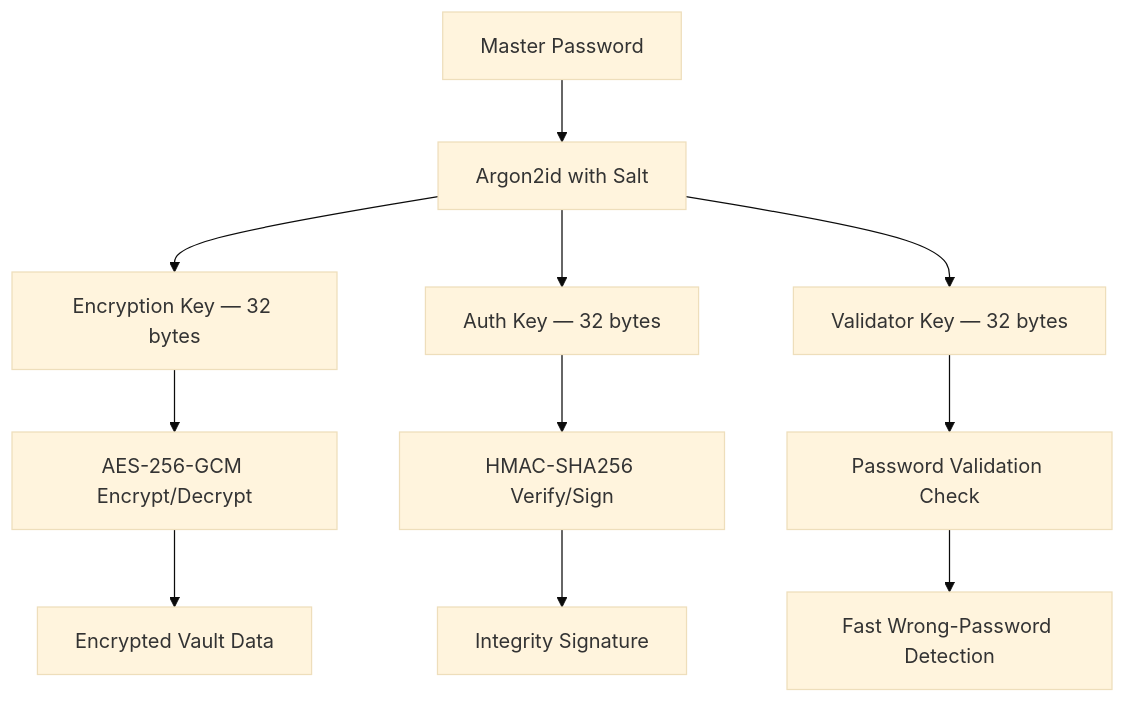
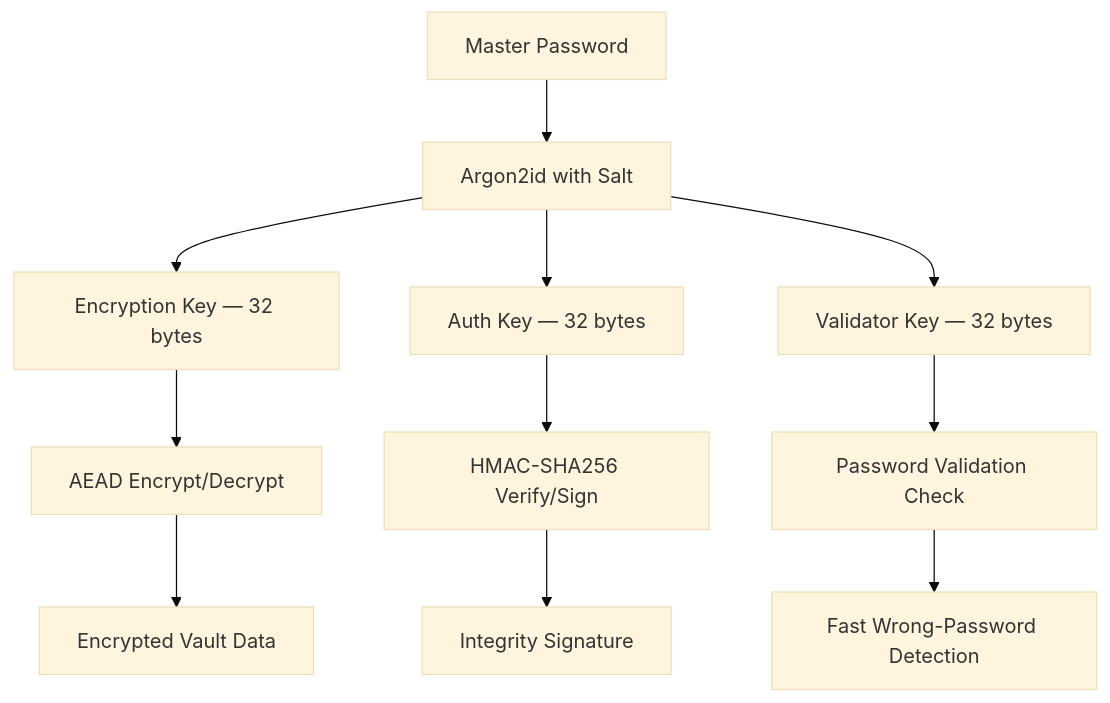
Before and after one commit to aaravmaloo/apm: the diagram in docs/concepts/encryption.md, drawn with Mermaid (base theme). The commit also changed other lines of this file and 19 other files, not shown here.

````diff
--- a/docs/concepts/encryption.md
+++ b/docs/concepts/encryption.md
@@ -147,15 +159,15 @@
 ```mermaid
 graph TD
     MP[Master Password] --> KDF[Argon2id with Salt]
     KDF --> EK[Encryption Key — 32 bytes]
     KDF --> AK[Auth Key — 32 bytes]
     KDF --> VK[Validator Key — 32 bytes]
 
-    EK --> GCM[AES-256-GCM Encrypt/Decrypt]
+    EK --> GCM[AEAD Encrypt/Decrypt]
     AK --> HMAC[HMAC-SHA256 Verify/Sign]
     VK --> VALID[Password Validation Check]
 
     GCM --> VAULT[Encrypted Vault Data]
     HMAC --> SIG[Integrity Signature]
     VALID --> CHECK[Fast Wrong-Password Detection]
 ```
````
